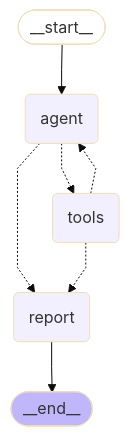
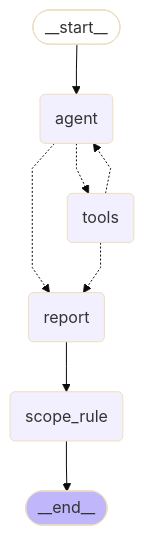
One commit to zhaopeng10123-cyber/rag-demo changed the diagram in docs/ops_agent.mmd. Above: the diagram before and after it, drawn with Mermaid (base theme). The commit also changed 8 other files, not shown here.

Commit message:
ops_agent: compute impact scope by rule after report, keep model scope for A/B

```diff
--- a/docs/ops_agent.mmd
+++ b/docs/ops_agent.mmd
@@ -1,20 +1,22 @@
 ---
 config:
   flowchart:
     curve: linear
 ---
 graph TD;
 	__start__([<p>__start__</p>]):::first
 	agent(agent)
 	tools(tools)
 	report(report)
+	scope_rule(scope_rule)
 	__end__([<p>__end__</p>]):::last
 	__start__ --> agent;
 	agent -.-> report;
 	agent -.-> tools;
+	report --> scope_rule;
 	tools -.-> agent;
 	tools -.-> report;
-	report --> __end__;
+	scope_rule --> __end__;
 	classDef default fill:#f2f0ff,line-height:1.2
 	classDef first fill-opacity:0
 	classDef last fill:#bfb6fc
```
